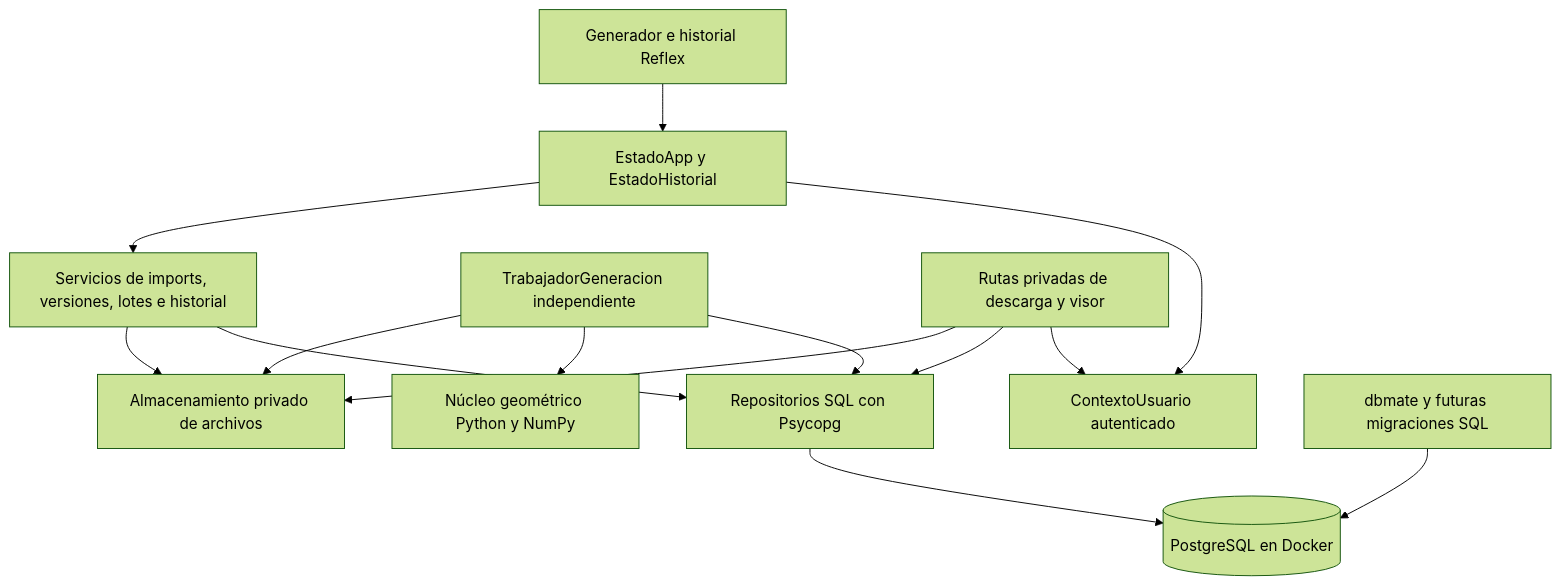
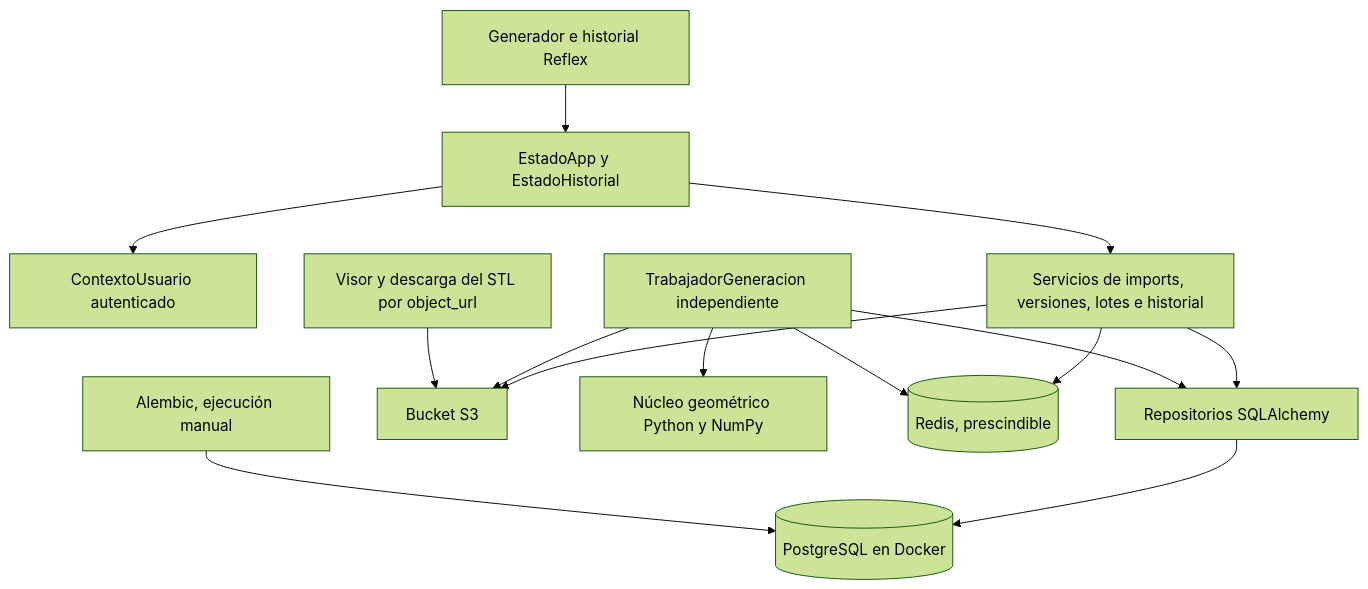
Before and after one commit to MateoDG2006/OrtesisLab: the first of 2 diagrams in docs/AppBackend/DATABASE.md, drawn with Mermaid (forest theme). The commit also changed other lines of this file and 199 other files, not shown here.

````diff
--- a/docs/AppBackend/DATABASE.md
+++ b/docs/AppBackend/DATABASE.md
@@ -50,16 +13,16 @@
 ```mermaid
 flowchart TB
   UI[Generador e historial Reflex] --> EST[EstadoApp y EstadoHistorial]
   EST --> AUTH[ContextoUsuario autenticado]
   EST --> SERV[Servicios de imports, versiones, lotes e historial]
-  SERV --> REPO[Repositorios SQL con Psycopg]
+  SERV --> REPO[Repositorios SQLAlchemy]
   REPO --> DB[(PostgreSQL en Docker)]
-  SERV --> STORE[Almacenamiento privado de archivos]
+  SERV --> STORE[Bucket S3]
   WORKER[TrabajadorGeneracion independiente] --> REPO
   WORKER --> CORE[Núcleo geométrico Python y NumPy]
   WORKER --> STORE
-  PRIV[Rutas privadas de descarga y visor] --> AUTH
-  PRIV --> REPO
-  PRIV --> STORE
-  MIG[dbmate y futuras migraciones SQL] --> DB
+  SERV --> RD[(Redis, prescindible)]
+  WORKER --> RD
+  VISOR[Visor y descarga del STL por object_url] --> STORE
+  MIG[Alembic, ejecución manual] --> DB
 ```
````
